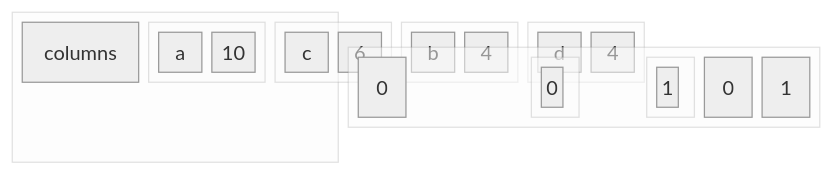
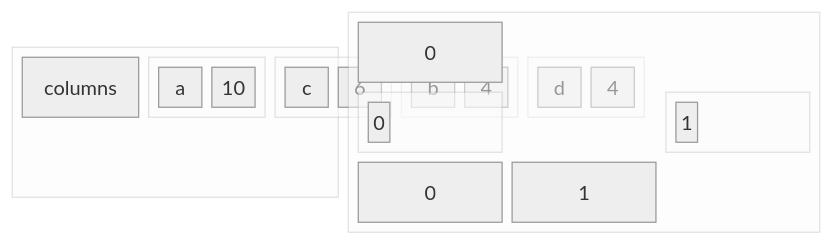
The ninth of 9 diagrams in Assuntos/compressao.md (BenhurUFSM/pod26b), drawn with Mermaid (neutral theme) before and after one commit. The commit also changed other lines of this file, not shown here.

````diff
--- a/Assuntos/compressao.md
+++ b/Assuntos/compressao.md
@@ -210,37 +210,37 @@
 ```mermaid
 block
   columns 5
   block:b0:2
     columns:2
     block:b1:2
       columns 2
       c1["a"] v1["10"]
     end
     block:b2:2
       columns 2
       c2["c"] v2["6"]
     end
     block:b3:2
       columns 2
       c3["b"] v3["4"]
     end
     block:b4:2
       columns 2
       c4["d"] v4["4"]
     end
   end
 
   block:b10:3
-    columns:3
+    columns 3
     d0["0"] space:2
     block:b11:1
       d11["1"]
     end
     d11["0"] space
     block:b21:1
       d210["1"]
     end
     d31["0"]
     d32["1"]
   end
 ```
````
